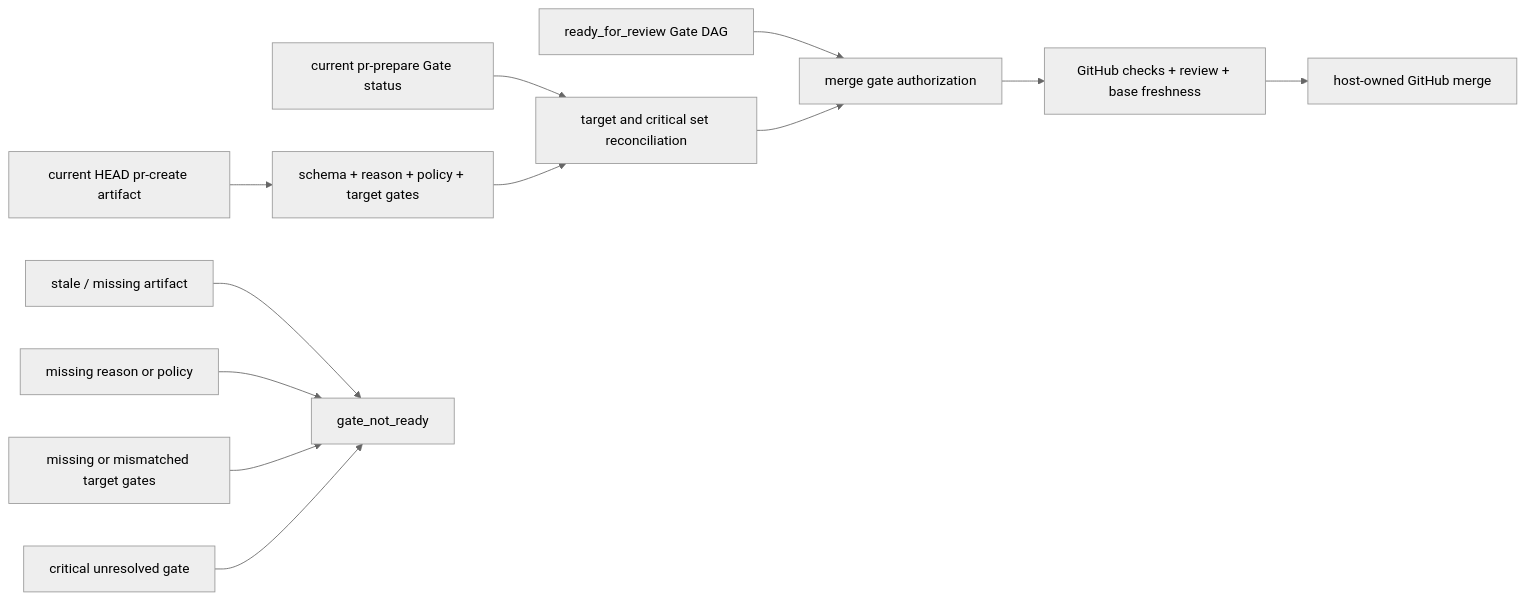
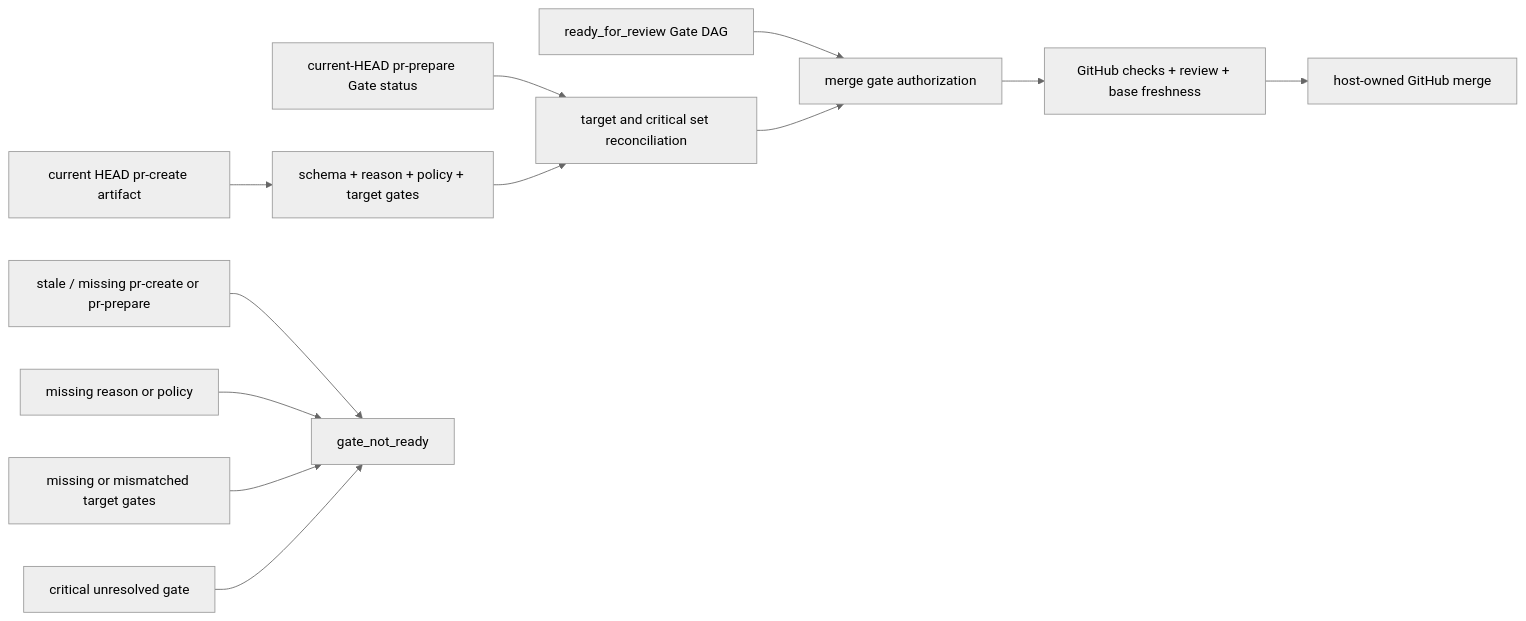
One commit to Unson-LLC/vibepro changed the diagram in docs/architecture/story-vibepro-merge-waiver-propagation.md. Above: the diagram before and after it, drawn with Mermaid (neutral theme). The commit also changed other lines of this file and 11 other files, not shown here.

````diff
--- a/docs/architecture/story-vibepro-merge-waiver-propagation.md
+++ b/docs/architecture/story-vibepro-merge-waiver-propagation.md
@@ -19,14 +26,14 @@
 ```mermaid
 flowchart LR
   Current["current HEAD pr-create artifact"] --> Validate["schema + reason + policy + target gates"]
-  Status["current pr-prepare Gate status"] --> Reconcile["target and critical set reconciliation"]
+  Status["current-HEAD pr-prepare Gate status"] --> Reconcile["target and critical set reconciliation"]
   Validate --> Reconcile
   Ready["ready_for_review Gate DAG"] --> Authorize["merge gate authorization"]
   Reconcile --> Authorize
-  Stale["stale / missing artifact"] --> Reject["gate_not_ready"]
+  Stale["stale / missing pr-create or pr-prepare"] --> Reject["gate_not_ready"]
   Malformed["missing reason or policy"] --> Reject
   Mismatch["missing or mismatched target gates"] --> Reject
   Critical["critical unresolved gate"] --> Reject
   Authorize --> Preconditions["GitHub checks + review + base freshness"]
   Preconditions --> Merge["host-owned GitHub merge"]
 ```
````
